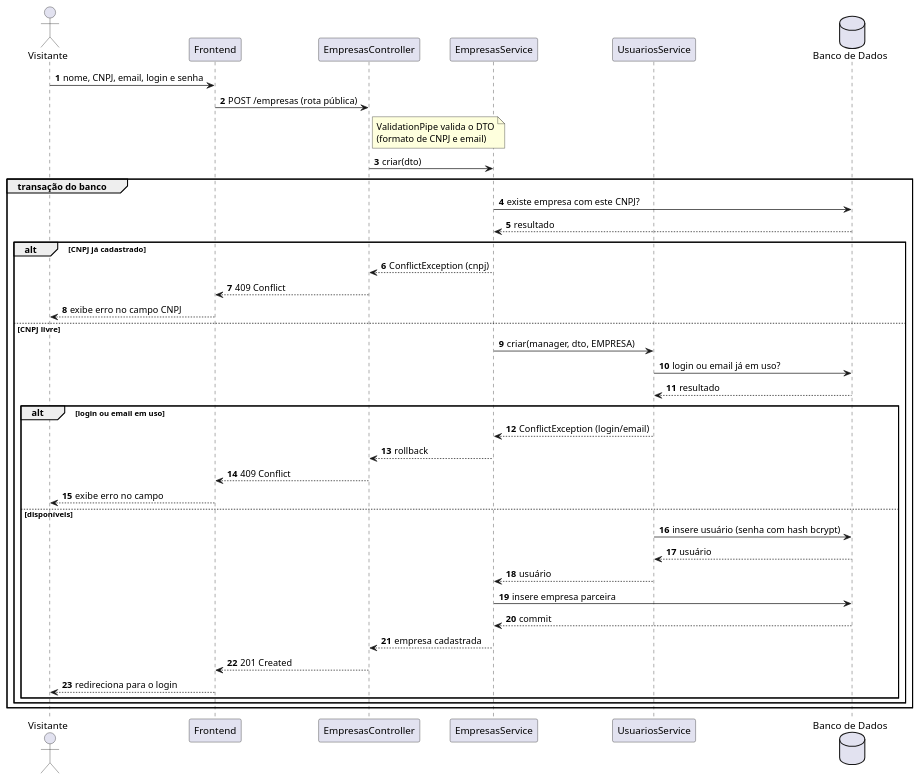
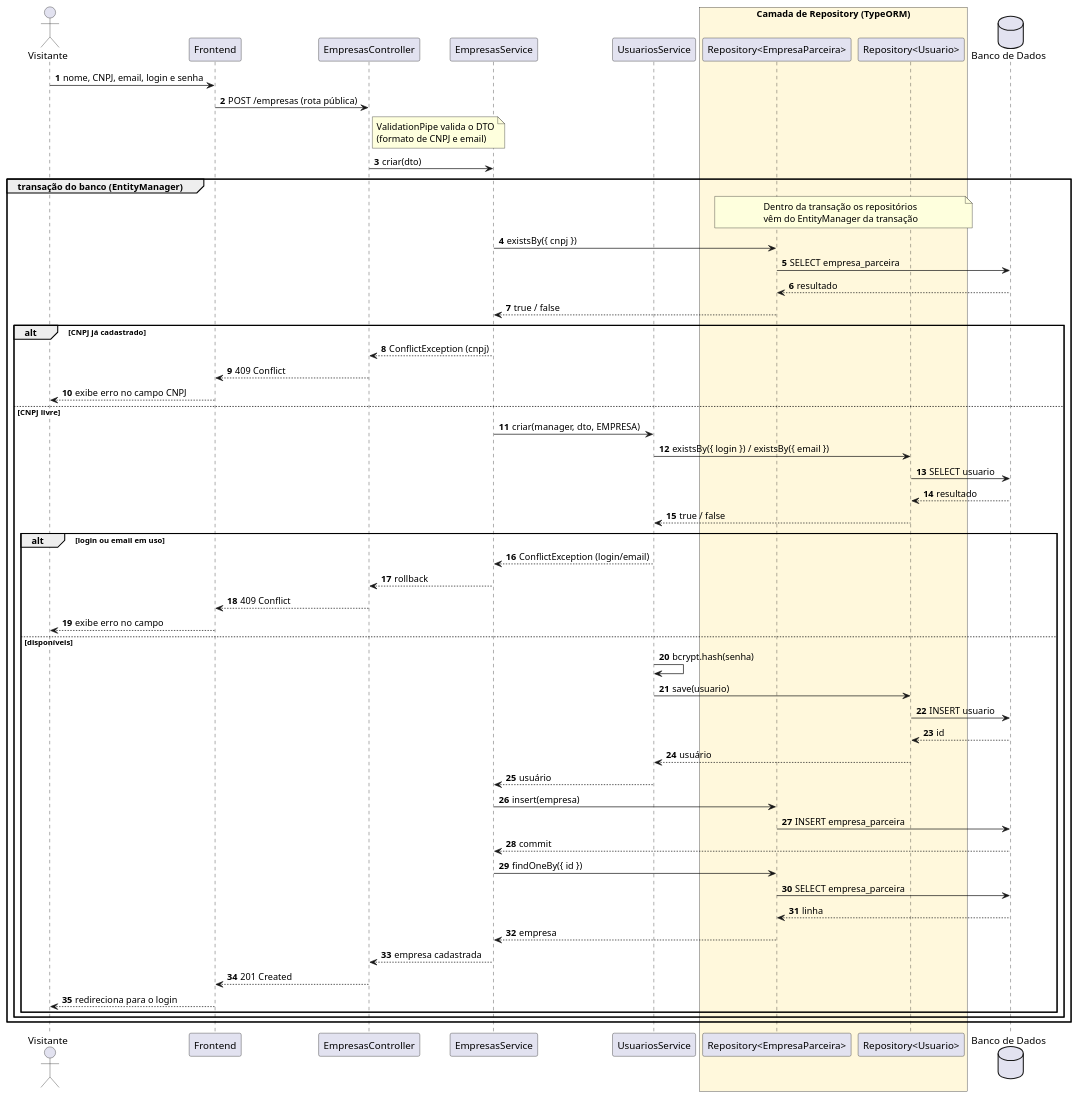
Before and after one commit to pazzutti/lab03-sistema-moeda-estudantil: the diagram in docs/diagramas/sequencia/uc02-cadastrar-empresa.puml, drawn with PlantUML. The commit also changed 21 other files, not shown here.

```diff
--- a/docs/diagramas/sequencia/uc02-cadastrar-empresa.puml
+++ b/docs/diagramas/sequencia/uc02-cadastrar-empresa.puml
@@ -1,52 +1,69 @@
 @startuml uc02_cadastrar_empresa
 ' =====================================================================
 ' Sistema de Moeda Estudantil
 ' Diagrama de Sequencia - UC02 Cadastrar-se como empresa parceira (HU11)
 ' Fonte versionada em docs/diagramas/sequencia/uc02-cadastrar-empresa.puml
 ' =====================================================================
 
 skinparam shadowing false
 autonumber
 
 actor Visitante
 participant Frontend
 participant "EmpresasController" as Controller
 participant "EmpresasService" as Service
 participant "UsuariosService" as Usuarios
+box "Camada de Repository (TypeORM)" #FFF8DC
+  participant "Repository<EmpresaParceira>" as EmpresaRepo
+  participant "Repository<Usuario>" as UsuarioRepo
+end box
 database "Banco de Dados" as BD
 
 Visitante -> Frontend : nome, CNPJ, email, login e senha
 Frontend -> Controller : POST /empresas (rota pública)
 note right of Controller : ValidationPipe valida o DTO\n(formato de CNPJ e email)
 Controller -> Service : criar(dto)
 
-group transação do banco
-  Service -> BD : existe empresa com este CNPJ?
-  BD --> Service : resultado
+group transação do banco (EntityManager)
+  note over EmpresaRepo, UsuarioRepo : Dentro da transação os repositórios\nvêm do EntityManager da transação
+  Service -> EmpresaRepo : existsBy({ cnpj })
+  EmpresaRepo -> BD : SELECT empresa_parceira
+  BD --> EmpresaRepo : resultado
+  EmpresaRepo --> Service : true / false
   alt CNPJ já cadastrado
     Service --> Controller : ConflictException (cnpj)
     Controller --> Frontend : 409 Conflict
     Frontend --> Visitante : exibe erro no campo CNPJ
   else CNPJ livre
     Service -> Usuarios : criar(manager, dto, EMPRESA)
-    Usuarios -> BD : login ou email já em uso?
-    BD --> Usuarios : resultado
+    Usuarios -> UsuarioRepo : existsBy({ login }) / existsBy({ email })
+    UsuarioRepo -> BD : SELECT usuario
+    BD --> UsuarioRepo : resultado
+    UsuarioRepo --> Usuarios : true / false
     alt login ou email em uso
       Usuarios --> Service : ConflictException (login/email)
       Service --> Controller : rollback
       Controller --> Frontend : 409 Conflict
       Frontend --> Visitante : exibe erro no campo
     else disponíveis
-      Usuarios -> BD : insere usuário (senha com hash bcrypt)
-      BD --> Usuarios : usuário
+      Usuarios -> Usuarios : bcrypt.hash(senha)
+      Usuarios -> UsuarioRepo : save(usuario)
+      UsuarioRepo -> BD : INSERT usuario
+      BD --> UsuarioRepo : id
+      UsuarioRepo --> Usuarios : usuário
       Usuarios --> Service : usuário
-      Service -> BD : insere empresa parceira
+      Service -> EmpresaRepo : insert(empresa)
+      EmpresaRepo -> BD : INSERT empresa_parceira
       BD --> Service : commit
+      Service -> EmpresaRepo : findOneBy({ id })
+      EmpresaRepo -> BD : SELECT empresa_parceira
+      BD --> EmpresaRepo : linha
+      EmpresaRepo --> Service : empresa
       Service --> Controller : empresa cadastrada
       Controller --> Frontend : 201 Created
       Frontend --> Visitante : redireciona para o login
     end
   end
 end
 
 @enduml
```
